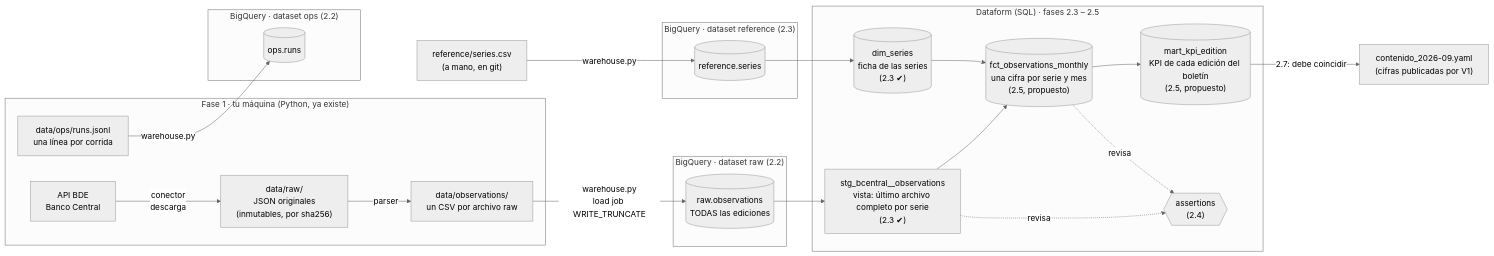
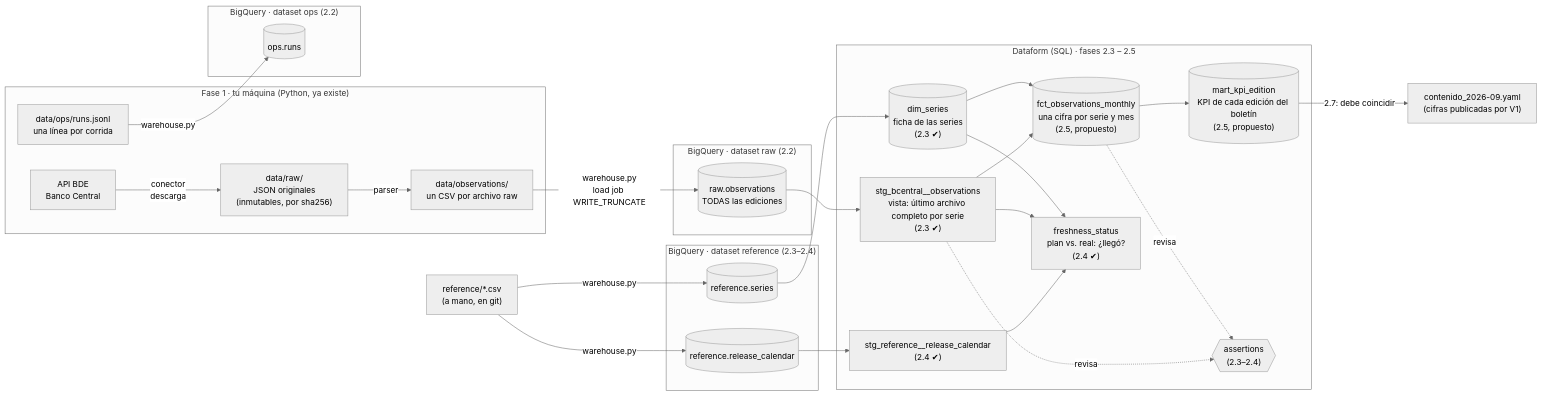
The diagram in docs/aprendizaje/mapa-pipeline.md (RafaelGodoy98/sintesis-economica-v2), drawn with Mermaid (neutral theme) before and after one commit. The commit also changed 16 other files, not shown here.

First line of the commit message:
feat: release calendar, freshness status and structural assertions (2.4) (#24)

````diff
--- a/docs/aprendizaje/mapa-pipeline.md
+++ b/docs/aprendizaje/mapa-pipeline.md
@@ -9,39 +9,47 @@
 ```mermaid
 flowchart LR
     subgraph F1["Fase 1 · tu máquina (Python, ya existe)"]
         API["API BDE<br/>Banco Central"] -->|"conector<br/>descarga"| RAWF["data/raw/<br/>JSON originales<br/>(inmutables, por sha256)"]
         RAWF -->|"parser"| CSV["data/observations/<br/>un CSV por archivo raw"]
         RUNS["data/ops/runs.jsonl<br/>una línea por corrida"]
     end
 
     subgraph RAW["BigQuery · dataset raw (2.2)"]
         OBS[("raw.observations<br/>TODAS las ediciones")]
     end
     subgraph OPS["BigQuery · dataset ops (2.2)"]
         RUNST[("ops.runs")]
     end
-    subgraph REF["BigQuery · dataset reference (2.3)"]
+    subgraph REF["BigQuery · dataset reference (2.3–2.4)"]
         REFS[("reference.series")]
+        REFC[("reference.release_calendar")]
     end
-    REFCSV["reference/series.csv<br/>(a mano, en git)"] -->|"warehouse.py"| REFS
+    REFCSV["reference/*.csv<br/>(a mano, en git)"] -->|"warehouse.py"| REFS
+    REFCSV -->|"warehouse.py"| REFC
 
     CSV -->|"warehouse.py<br/>load job WRITE_TRUNCATE"| OBS
     RUNS -->|"warehouse.py"| RUNST
 
     subgraph DF["Dataform (SQL) · fases 2.3 – 2.5"]
         STG["stg_bcentral__observations<br/>vista: último archivo completo por serie<br/>(2.3 ✔)"]
         DIM[("dim_series<br/>ficha de las series<br/>(2.3 ✔)")]
         FCT[("fct_observations_monthly<br/>una cifra por serie y mes<br/>(2.5, propuesto)")]
         KPI[("mart_kpi_edition<br/>KPI de cada edición del boletín<br/>(2.5, propuesto)")]
-        AS{{"assertions<br/>(2.4)"}}
+        AS{{"assertions<br/>(2.3–2.4)"}}
+        CAL["stg_reference__release_calendar<br/>(2.4 ✔)"]
+        FRESH["freshness_status<br/>plan vs. real: ¿llegó?<br/>(2.4 ✔)"]
     end
 
     OBS --> STG
     REFS --> DIM
+    REFC --> CAL
+    CAL --> FRESH
+    STG --> FRESH
+    DIM --> FRESH
     STG --> FCT
     DIM --> FCT
     FCT --> KPI
     STG -.->|"revisa"| AS
     FCT -.->|"revisa"| AS
     KPI -->|"2.7: debe coincidir"| V1["contenido_2026-09.yaml<br/>(cifras publicadas por V1)"]
 ```
````
